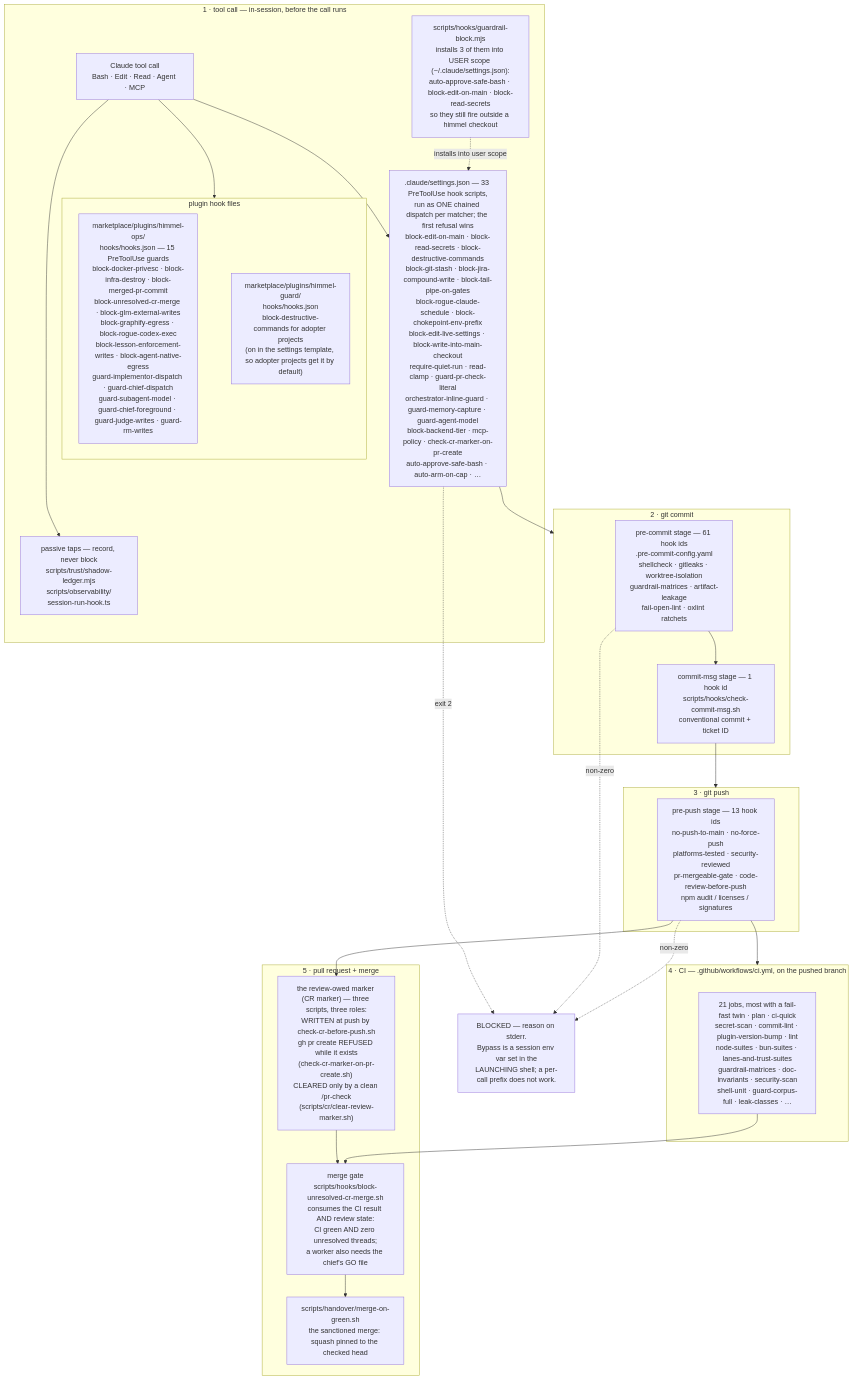
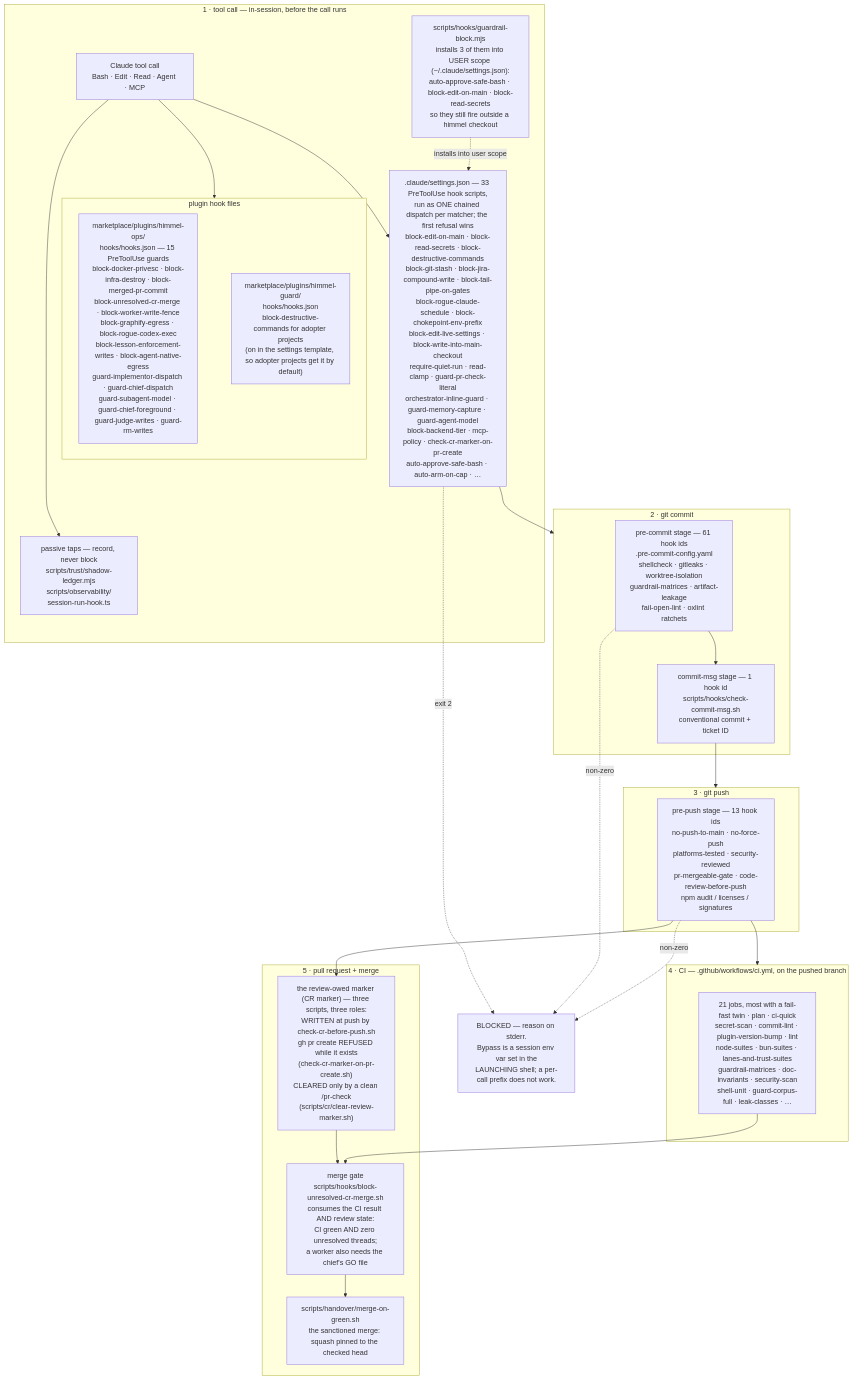
Before and after one commit to yotamleo-org/Himmel: the first of 5 diagrams in docs/architecture.md, drawn with Mermaid. The commit also changed 33 other files, not shown here.

First line of the commit message:
refactor(hooks): [HIMMEL-7907] the worker write fence drops its GLM tail

````diff
--- a/docs/architecture.md
+++ b/docs/architecture.md
@@ -46,51 +46,51 @@
 ```mermaid
 flowchart TD
     subgraph S1["1 · tool call — in-session, before the call runs"]
         TC["Claude tool call<br/>Bash · Edit · Read · Agent · MCP"]
         H1[".claude/settings.json — 33 PreToolUse hook scripts,<br/>run as ONE chained dispatch per matcher; the first refusal wins<br/>block-edit-on-main · block-read-secrets · block-destructive-commands<br/>block-git-stash · block-jira-compound-write · block-tail-pipe-on-gates<br/>block-rogue-claude-schedule · block-chokepoint-env-prefix<br/>block-edit-live-settings · block-write-into-main-checkout<br/>require-quiet-run · read-clamp · guard-pr-check-literal<br/>orchestrator-inline-guard · guard-memory-capture · guard-agent-model<br/>block-backend-tier · mcp-policy · check-cr-marker-on-pr-create<br/>auto-approve-safe-bash · auto-arm-on-cap · …"]
         subgraph PLUG["plugin hook files"]
-            H2["marketplace/plugins/himmel-ops/<br/>hooks/hooks.json — 15 PreToolUse guards<br/>block-docker-privesc · block-infra-destroy · block-merged-pr-commit<br/>block-unresolved-cr-merge · block-glm-external-writes<br/>block-graphify-egress · block-rogue-codex-exec<br/>block-lesson-enforcement-writes · block-agent-native-egress<br/>guard-implementor-dispatch · guard-chief-dispatch<br/>guard-subagent-model · guard-chief-foreground · guard-judge-writes · guard-rm-writes"]
+            H2["marketplace/plugins/himmel-ops/<br/>hooks/hooks.json — 15 PreToolUse guards<br/>block-docker-privesc · block-infra-destroy · block-merged-pr-commit<br/>block-unresolved-cr-merge · block-worker-write-fence<br/>block-graphify-egress · block-rogue-codex-exec<br/>block-lesson-enforcement-writes · block-agent-native-egress<br/>guard-implementor-dispatch · guard-chief-dispatch<br/>guard-subagent-model · guard-chief-foreground · guard-judge-writes · guard-rm-writes"]
             HG["marketplace/plugins/himmel-guard/<br/>hooks/hooks.json<br/>block-destructive-commands for adopter projects<br/>(on in the settings template, so adopter projects get it by default)"]
             H2 ~~~ HG
         end
         H3["scripts/hooks/guardrail-block.mjs<br/>installs 3 of them into USER scope (~/.claude/settings.json):<br/>auto-approve-safe-bash · block-edit-on-main · block-read-secrets<br/>so they still fire outside a himmel checkout"]
         H4["passive taps — record, never block<br/>scripts/trust/shadow-ledger.mjs<br/>scripts/observability/<br/>session-run-hook.ts"]
         TC --> H1
         TC --> PLUG
         TC --> H4
         PLUG ~~~ H4
         H3 -.->|"installs into user scope"| H1
     end
 
     subgraph S2["2 · git commit"]
         PC["pre-commit stage — 61 hook ids<br/>.pre-commit-config.yaml<br/>shellcheck · gitleaks · worktree-isolation<br/>guardrail-matrices · artifact-leakage<br/>fail-open-lint · oxlint ratchets"]
         CM["commit-msg stage — 1 hook id<br/>scripts/hooks/check-commit-msg.sh<br/>conventional commit + ticket ID"]
         PC --> CM
     end
 
     subgraph S3["3 · git push"]
         PP["pre-push stage — 13 hook ids<br/>no-push-to-main · no-force-push<br/>platforms-tested · security-reviewed<br/>pr-mergeable-gate · code-review-before-push<br/>npm audit / licenses / signatures"]
     end
 
     subgraph S4["4 · CI — .github/workflows/ci.yml, on the pushed branch"]
         CI["21 jobs, most with a fail-fast twin · plan · ci-quick<br/>secret-scan · commit-lint · plugin-version-bump · lint<br/>node-suites · bun-suites · lanes-and-trust-suites<br/>guardrail-matrices · doc-invariants · security-scan<br/>shell-unit · guard-corpus-full · leak-classes · …"]
     end
 
     subgraph S5["5 · pull request + merge"]
         CR["the review-owed marker (CR marker) — three scripts, three roles:<br/>WRITTEN at push by check-cr-before-push.sh<br/>gh pr create REFUSED while it exists<br/>(check-cr-marker-on-pr-create.sh)<br/>CLEARED only by a clean /pr-check<br/>(scripts/cr/clear-review-marker.sh)"]
         MG["merge gate<br/>scripts/hooks/block-unresolved-cr-merge.sh<br/>consumes the CI result AND review state:<br/>CI green AND zero unresolved threads;<br/>a worker also needs the chief's GO file"]
         MOG["scripts/handover/merge-on-green.sh<br/>the sanctioned merge: squash pinned to the checked head"]
         CR --> MG
         MG --> MOG
     end
 
     H1 --> S2
     CM --> S3
     PP --> S4
     PP --> CR
     CI --> MG
 
     H1 -.->|"exit 2"| BLOCK["BLOCKED — reason on stderr.<br/>Bypass is a session env var set in the<br/>LAUNCHING shell; a per-call prefix does not work."]
     PC -.->|"non-zero"| BLOCK
     PP -.->|"non-zero"| BLOCK
 ```
````
